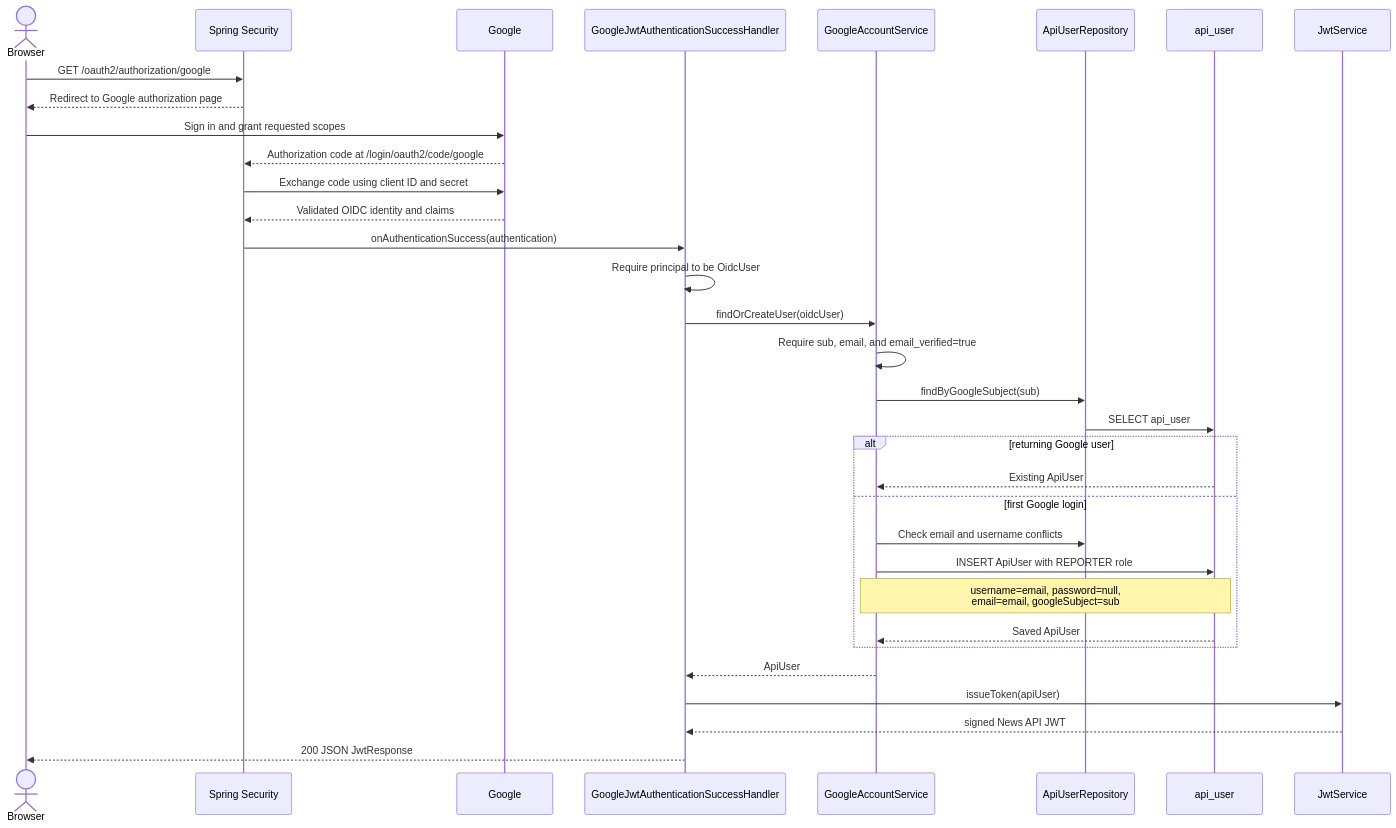
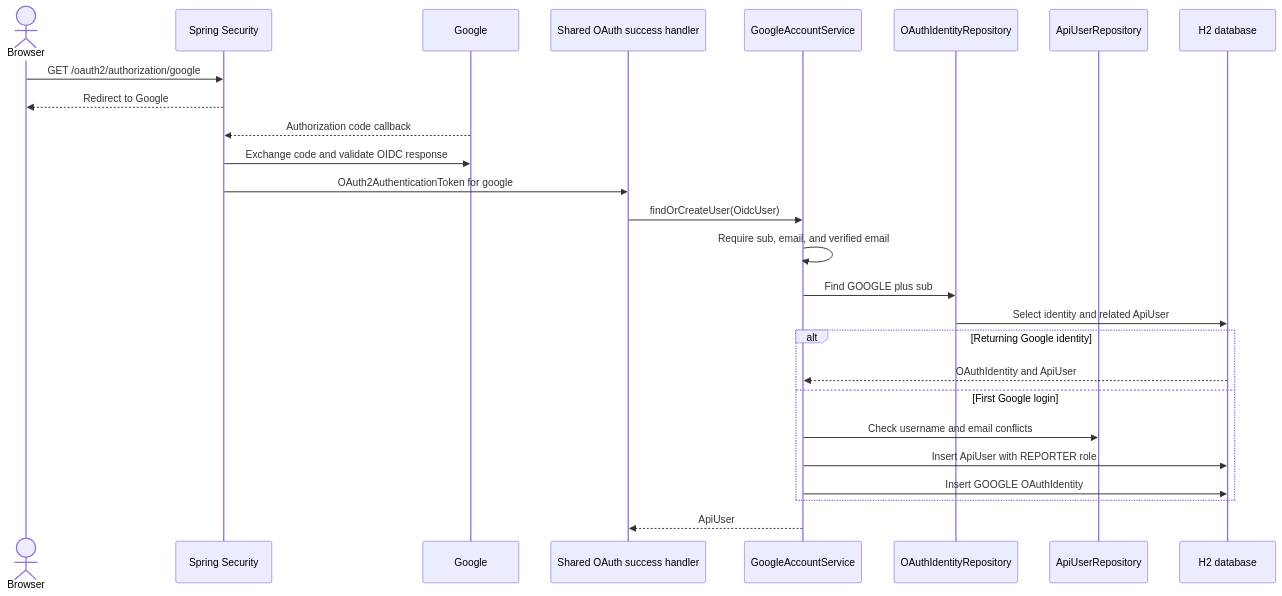
One commit to predat-r/news-api changed the fourth of 8 diagrams in docs/authentication-flow.md. Above: the diagram before and after it, drawn with Mermaid. The commit also changed other lines of this file, not shown here.

Commit message:
docs(auth): update authentication flows and OAuth identity loading

````diff
--- a/docs/authentication-flow.md
+++ b/docs/authentication-flow.md
@@ -135,36 +237,29 @@
 ```mermaid
 sequenceDiagram
     actor Browser
     participant App as Spring Security
     participant Google
-    participant Handler as GoogleJwtAuthenticationSuccessHandler
-    participant Account as GoogleAccountService
-    participant Repo as ApiUserRepository
-    participant DB as api_user
-    participant JWT as JwtService
+    participant Handler as Shared OAuth success handler
+    participant AccountSvc as GoogleAccountService
+    participant IdentityRepo as OAuthIdentityRepository
+    participant UserRepo as ApiUserRepository
+    participant DB as H2 database
 
     Browser->>App: GET /oauth2/authorization/google
-    App-->>Browser: Redirect to Google authorization page
-    Browser->>Google: Sign in and grant requested scopes
-    Google-->>App: Authorization code at /login/oauth2/code/google
-    App->>Google: Exchange code using client ID and secret
-    Google-->>App: Validated OIDC identity and claims
-    App->>Handler: onAuthenticationSuccess(authentication)
-    Handler->>Handler: Require principal to be OidcUser
-    Handler->>Account: findOrCreateUser(oidcUser)
-    Account->>Account: Require sub, email, and email_verified=true
-    Account->>Repo: findByGoogleSubject(sub)
-    Repo->>DB: SELECT api_user
-    alt returning Google user
-        DB-->>Account: Existing ApiUser
-    else first Google login
-        Account->>Repo: Check email and username conflicts
-        Account->>DB: INSERT ApiUser with REPORTER role
-        Note over Account,DB: username=email, password=null,<br/>email=email, googleSubject=sub
-        DB-->>Account: Saved ApiUser
+    App-->>Browser: Redirect to Google
+    Google-->>App: Authorization code callback
+    App->>Google: Exchange code and validate OIDC response
+    App->>Handler: OAuth2AuthenticationToken for google
+    Handler->>AccountSvc: findOrCreateUser(OidcUser)
+    AccountSvc->>AccountSvc: Require sub, email, and verified email
+    AccountSvc->>IdentityRepo: Find GOOGLE plus sub
+    IdentityRepo->>DB: Select identity and related ApiUser
+    alt Returning Google identity
+        DB-->>AccountSvc: OAuthIdentity and ApiUser
+    else First Google login
+        AccountSvc->>UserRepo: Check username and email conflicts
+        AccountSvc->>DB: Insert ApiUser with REPORTER role
+        AccountSvc->>DB: Insert GOOGLE OAuthIdentity
     end
-    Account-->>Handler: ApiUser
-    Handler->>JWT: issueToken(apiUser)
-    JWT-->>Handler: signed News API JWT
-    Handler-->>Browser: 200 JSON JwtResponse
+    AccountSvc-->>Handler: ApiUser
 ```
````
